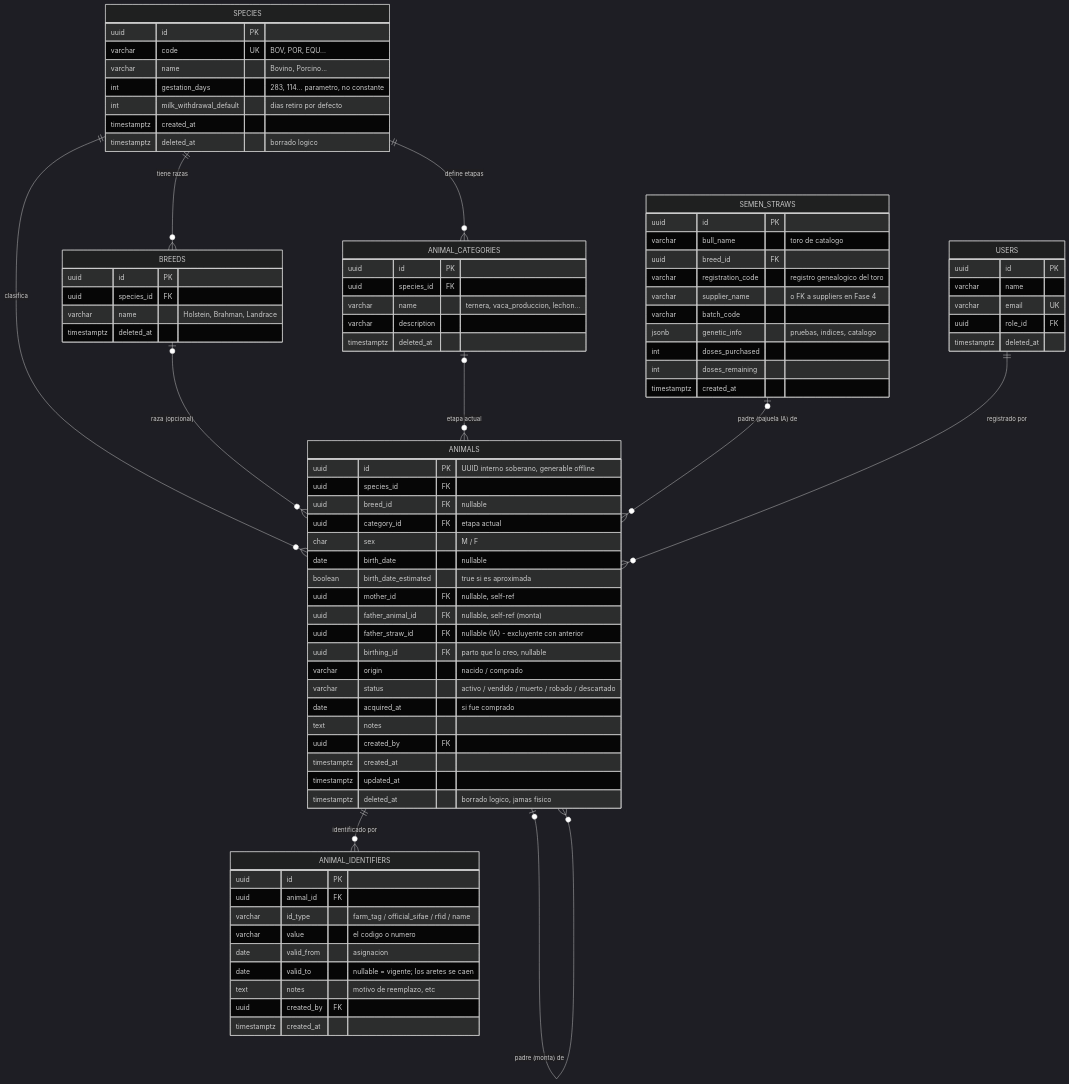
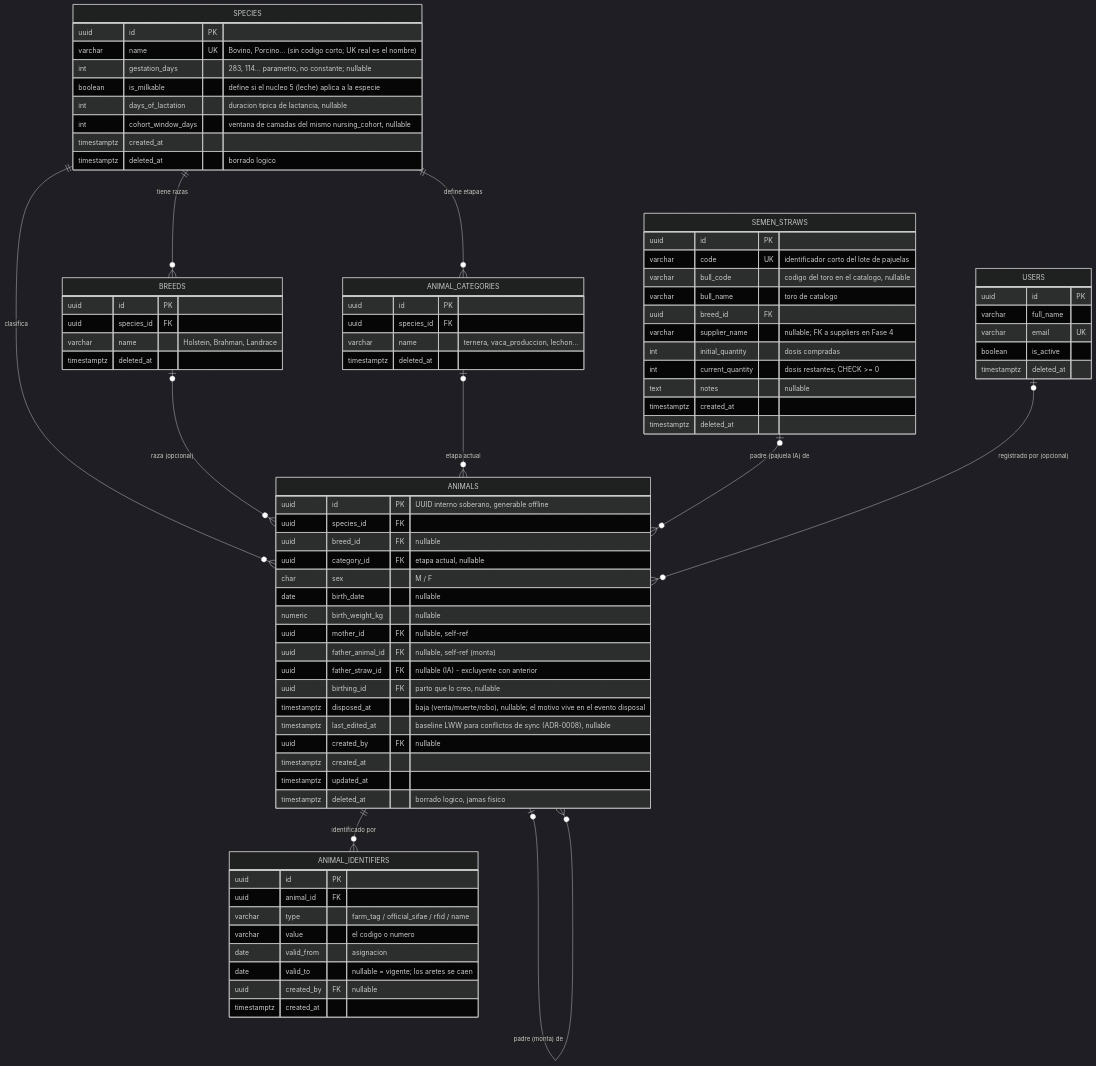
Before and after one commit to JosephBano/erp-hacienda: the diagram in docs/diagramas/der-1-identidad.mermaid, drawn with Mermaid (dark theme). The commit also changed 604 other files, not shown here.

```diff
--- a/docs/diagramas/der-1-identidad.mermaid
+++ b/docs/diagramas/der-1-identidad.mermaid
@@ -1,98 +1,107 @@
+%% Verificado el 2026-08-16 contra Livestock 20260809165838_AddTreatmentApplicationPlausibilityConfirmed,
+%% Breeding 20260802155241_AddSemenStrawConcurrencyAndCheckConstraint y People 20260802162528_AddRbacPermissions
+%% Auditoría commit 10 (docs/reestructura-documentacion): SPECIES perdió `code`/`milk_withdrawal_default`
+%% (nunca existieron) y ganó `is_milkable`/`days_of_lactation`/`cohort_window_days`; ANIMAL_CATEGORIES
+%% perdió `description`; ANIMALS perdió `birth_date_estimated`/`origin`/`status`/`acquired_at`/`notes`
+%% (nunca se construyeron) y ganó `birth_weight_kg`/`disposed_at`/`last_edited_at`; SEMEN_STRAWS se
+%% reescribió sobre columnas reales (`code`, `bull_code`, `initial_quantity`, `current_quantity`);
+%% USERS perdió `role_id` (el vínculo real es muchos-a-muchos vía `user_roles`, fuera de este núcleo).
 erDiagram
     %% ============================================
     %% NUCLEO 1: IDENTIDAD - Animal generico + doble ID
     %% Art. 3 y 8: lo especifico es dato, UUID soberano
     %% ============================================
 
     SPECIES ||--o{ BREEDS : "tiene razas"
     SPECIES ||--o{ ANIMAL_CATEGORIES : "define etapas"
     SPECIES ||--o{ ANIMALS : "clasifica"
     BREEDS |o--o{ ANIMALS : "raza (opcional)"
     ANIMAL_CATEGORIES |o--o{ ANIMALS : "etapa actual"
 
     ANIMALS |o--o{ ANIMALS : "madre de"
     ANIMALS |o--o{ ANIMALS : "padre (monta) de"
     SEMEN_STRAWS |o--o{ ANIMALS : "padre (pajuela IA) de"
 
     ANIMALS ||--o{ ANIMAL_IDENTIFIERS : "identificado por"
-    USERS ||--o{ ANIMALS : "registrado por"
+    USERS |o--o{ ANIMALS : "registrado por (opcional)"
 
     SPECIES {
         uuid id PK
-        varchar code UK "BOV, POR, EQU..."
-        varchar name "Bovino, Porcino..."
-        int gestation_days "283, 114... parametro, no constante"
-        int milk_withdrawal_default "dias retiro por defecto"
+        varchar name UK "Bovino, Porcino... (sin codigo corto; UK real es el nombre)"
+        int gestation_days "283, 114... parametro, no constante; nullable"
+        boolean is_milkable "define si el nucleo 5 (leche) aplica a la especie"
+        int days_of_lactation "duracion tipica de lactancia, nullable"
+        int cohort_window_days "ventana de camadas del mismo nursing_cohort, nullable"
         timestamptz created_at
         timestamptz deleted_at "borrado logico"
     }
 
     BREEDS {
         uuid id PK
         uuid species_id FK
         varchar name "Holstein, Brahman, Landrace"
         timestamptz deleted_at
     }
 
     ANIMAL_CATEGORIES {
         uuid id PK
         uuid species_id FK
         varchar name "ternera, vaca_produccion, lechon..."
-        varchar description
         timestamptz deleted_at
     }
 
     ANIMALS {
         uuid id PK "UUID interno soberano, generable offline"
         uuid species_id FK
         uuid breed_id FK "nullable"
-        uuid category_id FK "etapa actual"
+        uuid category_id FK "etapa actual, nullable"
         char sex "M / F"
         date birth_date "nullable"
-        boolean birth_date_estimated "true si es aproximada"
+        numeric birth_weight_kg "nullable"
         uuid mother_id FK "nullable, self-ref"
         uuid father_animal_id FK "nullable, self-ref (monta)"
         uuid father_straw_id FK "nullable (IA) - excluyente con anterior"
         uuid birthing_id FK "parto que lo creo, nullable"
-        varchar origin "nacido / comprado"
-        varchar status "activo / vendido / muerto / robado / descartado"
-        date acquired_at "si fue comprado"
-        text notes
-        uuid created_by FK
+        timestamptz disposed_at "baja (venta/muerte/robo), nullable; el motivo vive en el evento disposal"
+        timestamptz last_edited_at "baseline LWW para conflictos de sync (ADR-0008), nullable"
+        uuid created_by FK "nullable"
         timestamptz created_at
         timestamptz updated_at
         timestamptz deleted_at "borrado logico, jamas fisico"
     }
 
     ANIMAL_IDENTIFIERS {
         uuid id PK
         uuid animal_id FK
-        varchar id_type "farm_tag / official_sifae / rfid / name"
+        varchar type "farm_tag / official_sifae / rfid / name"
         varchar value "el codigo o numero"
         date valid_from "asignacion"
         date valid_to "nullable = vigente; los aretes se caen"
-        text notes "motivo de reemplazo, etc"
-        uuid created_by FK
+        uuid created_by FK "nullable"
         timestamptz created_at
     }
 
     SEMEN_STRAWS {
         uuid id PK
+        varchar code UK "identificador corto del lote de pajuelas"
+        varchar bull_code "codigo del toro en el catalogo, nullable"
         varchar bull_name "toro de catalogo"
         uuid breed_id FK
-        varchar registration_code "registro genealogico del toro"
-        varchar supplier_name "o FK a suppliers en Fase 4"
-        varchar batch_code
-        jsonb genetic_info "pruebas, indices, catalogo"
-        int doses_purchased
-        int doses_remaining
+        varchar supplier_name "nullable; FK a suppliers en Fase 4"
+        int initial_quantity "dosis compradas"
+        int current_quantity "dosis restantes; CHECK >= 0"
+        text notes "nullable"
         timestamptz created_at
+        timestamptz deleted_at
     }
 
     USERS {
         uuid id PK
-        varchar name
+        varchar full_name
         varchar email UK
-        uuid role_id FK
+        boolean is_active
         timestamptz deleted_at
     }
+
+    %% NOTA: USERS no tiene role_id. El rol es muchos-a-muchos via user_roles -> roles
+    %% (People module), fuera del alcance de este nucleo; ver People snapshot para el detalle.
```
